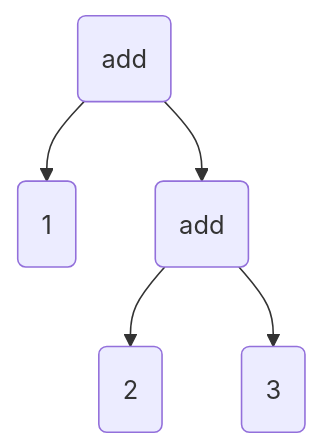
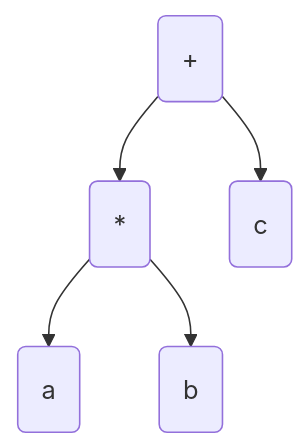
One commit to pengvyn/kavpix-code changed diagram 20 of 49 in src/essays/number-tree/essay.md. Above: the diagram before and after it, drawn with Mermaid. The commit also changed other lines of this file and 1 other file, not shown here.

````diff
--- a/src/essays/number-tree/essay.md
+++ b/src/essays/number-tree/essay.md
@@ -191,7 +341,7 @@
 ```mermaid
     graph TD;
-        add(add) --> 1(1)
-        add(add) --> add2(add)
-        add2 --> 2(2)
-        add2 --> 3(3)
+        mul(*) --> a(a)
+        mul(*) --> b(b)
+        add(+) --> mul
+        add --> c(c)
 ```
````
